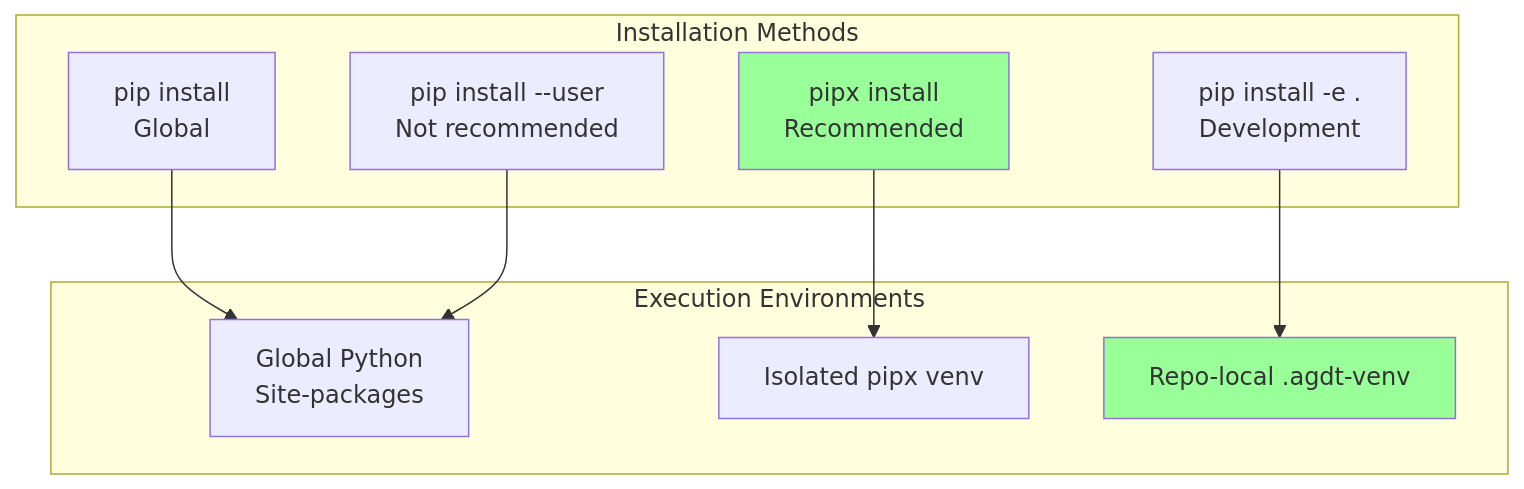
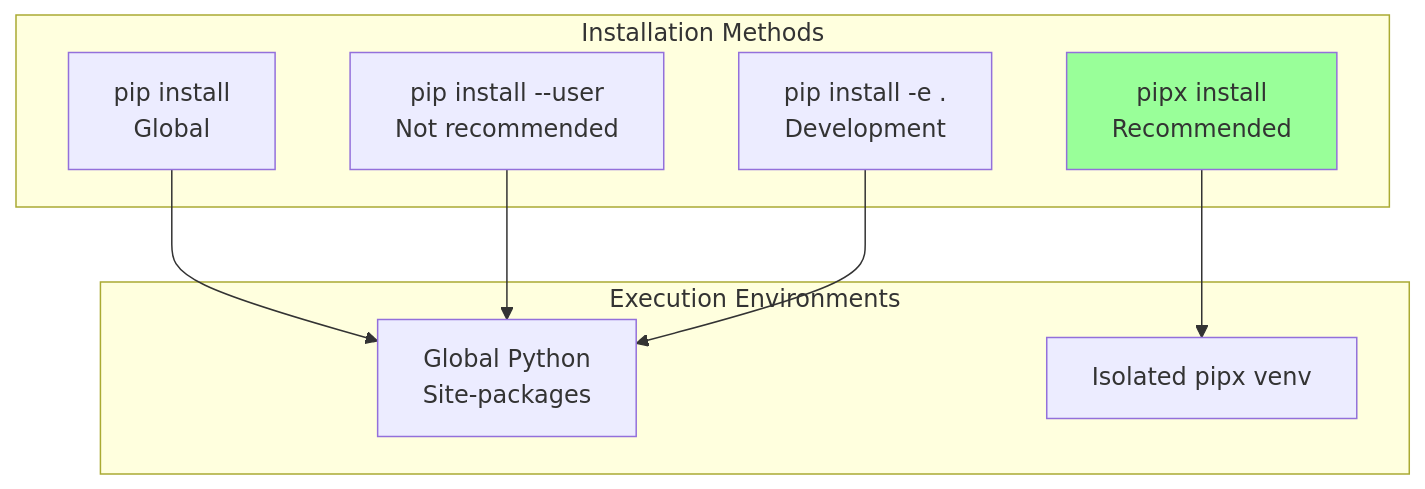
The first of 10 diagrams in docs/07-deployment-view.md (ayaiayorg/agentic-devtools), drawn with Mermaid before and after one commit. The commit also changed other lines of this file and 17 other files, not shown here.

Commit message:
Remove dispatcher pattern, smart venv detection, and install_agentic_devtools from worktree_setup

````diff
--- a/docs/07-deployment-view.md
+++ b/docs/07-deployment-view.md
@@ -5,23 +5,21 @@
 ```mermaid
 graph TB
     subgraph "Installation Methods"
         Pipx[pipx install<br/>Recommended]
         PipGlobal[pip install<br/>Global]
         PipUser[pip install --user<br/>Not recommended]
         DevInstall[pip install -e .<br/>Development]
     end
     
     subgraph "Execution Environments"
         GlobalEnv[Global Python<br/>Site-packages]
         PipxEnv[Isolated pipx venv]
-        LocalEnv[Repo-local .agdt-venv]
     end
     
     Pipx --> PipxEnv
     PipGlobal --> GlobalEnv
     PipUser --> GlobalEnv
-    DevInstall --> LocalEnv
+    DevInstall --> GlobalEnv
     
     style Pipx fill:#9f9
-    style LocalEnv fill:#9f9
 ```
````
